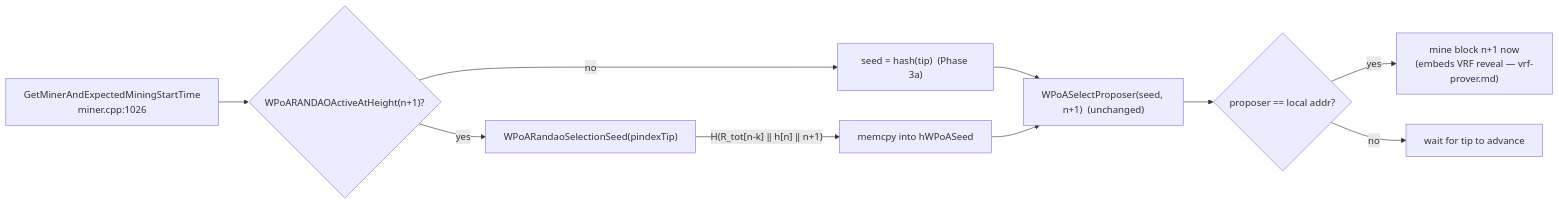
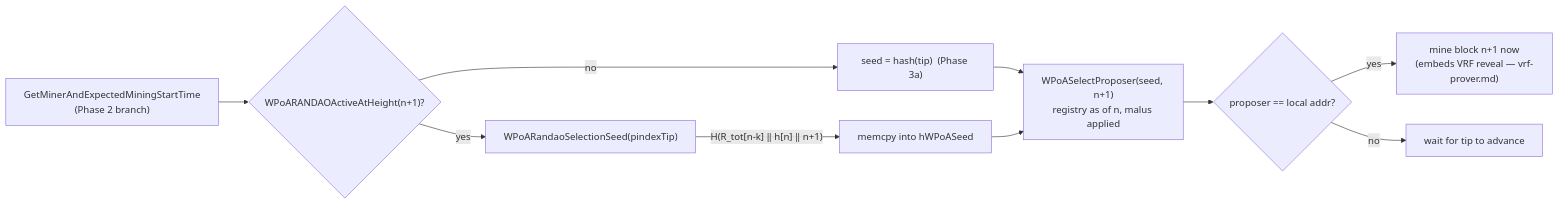
The diagram in docs/randao-miner.md (FeMattu/multichain), drawn with Mermaid before and after one commit. The commit also changed other lines of this file and 44 other files, not shown here.

````diff
--- a/docs/randao-miner.md
+++ b/docs/randao-miner.md
@@ -176,12 +165,12 @@
 ```mermaid
 flowchart LR
-    GMES["GetMinerAndExpectedMiningStartTime<br/>miner.cpp:1026"] --> BR{"WPoARANDAOActiveAtHeight(n+1)?"}
+    GMES["GetMinerAndExpectedMiningStartTime<br/>(Phase 2 branch)"] --> BR{"WPoARANDAOActiveAtHeight(n+1)?"}
     BR -->|no| DEF["seed = hash(tip)  (Phase 3a)"]
     BR -->|yes| SEED["WPoARandaoSelectionSeed(pindexTip)"]
     SEED -->|"H(R_tot[n-k] ‖ h[n] ‖ n+1)"| OVER["memcpy into hWPoASeed"]
-    DEF --> ELECT["WPoASelectProposer(seed, n+1)  (unchanged)"]
+    DEF --> ELECT["WPoASelectProposer(seed, n+1)<br/>registry as of n, malus applied"]
     OVER --> ELECT
     ELECT --> DECIDE{"proposer == local addr?"}
     DECIDE -->|yes| MINE["mine block n+1 now<br/>(embeds VRF reveal — vrf-prover.md)"]
     DECIDE -->|no| WAIT["wait for tip to advance"]
 ```
````
